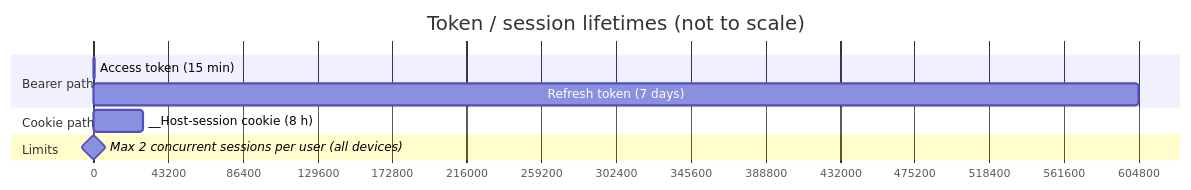
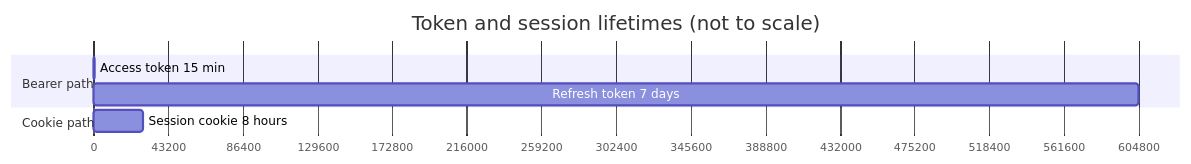
One commit to guptaankit0010/securefd changed the ninth of 10 diagrams in README.md. Above: the diagram before and after it, drawn with Mermaid. The commit also changed other lines of this file, not shown here.

````diff
--- a/README.md
+++ b/README.md
@@ -701,16 +698,13 @@
 ```mermaid
 gantt
-    title Token / session lifetimes (not to scale)
-    dateFormat  X
-    axisFormat  %s
+    title Token and session lifetimes (not to scale)
+    dateFormat X
+    axisFormat %s
 
     section Bearer path
-    Access token (15 min)       : 0, 900
-    Refresh token (7 days)      : 0, 604800
+    Access token 15 min      : 0, 900
+    Refresh token 7 days     : 0, 604800
 
     section Cookie path
-    __Host-session cookie (8 h) : 0, 28800
-
-    section Limits
-    Max 2 concurrent sessions per user (all devices) : milestone, 0, 0
+    Session cookie 8 hours   : 0, 28800
 ```
````
